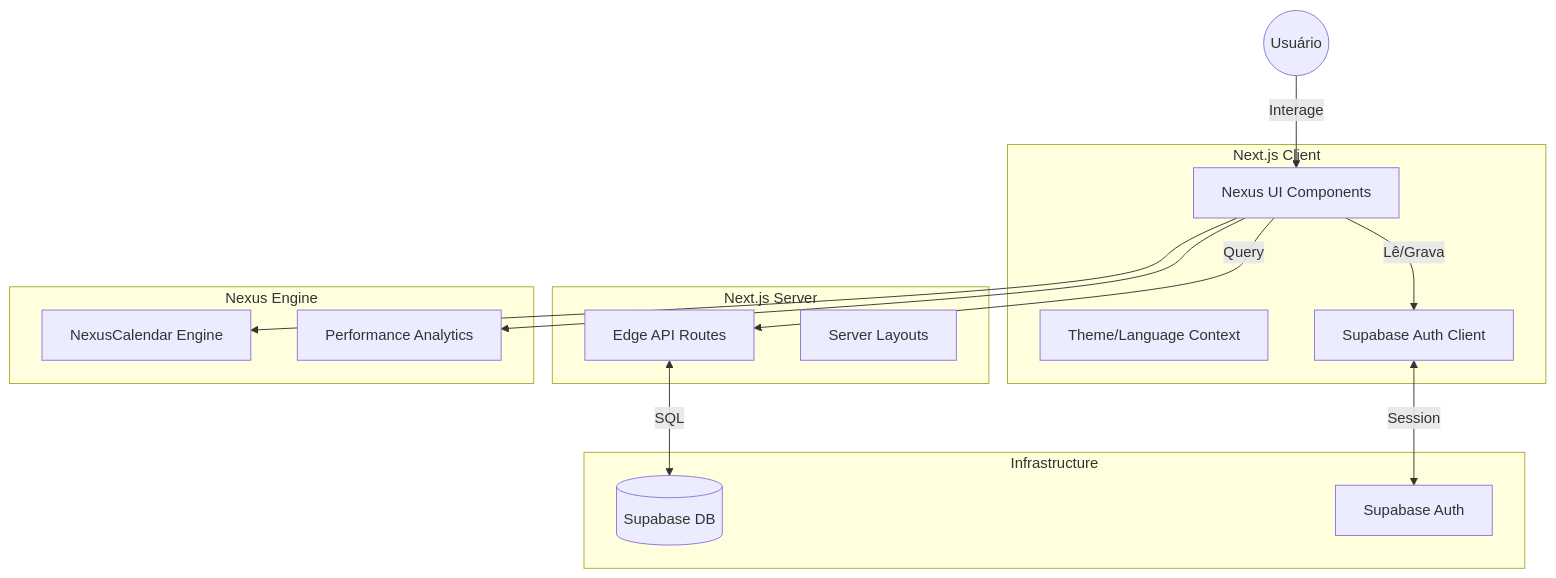
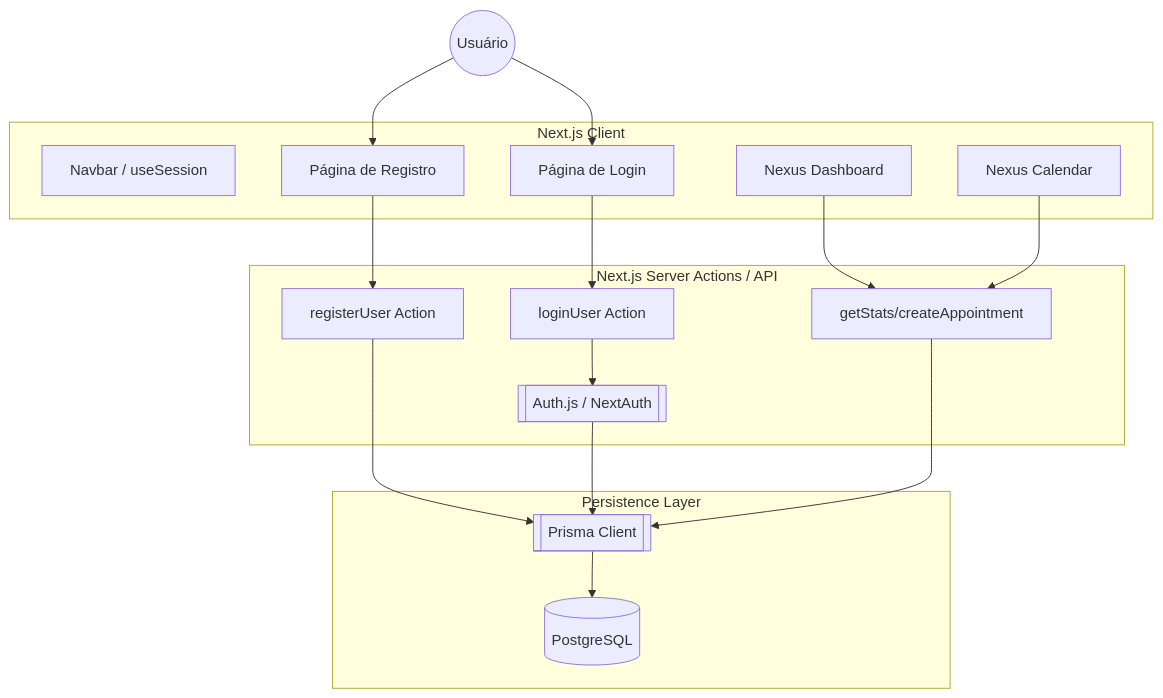
Before and after one commit to MauricioRFilho/smart-booking: the diagram in ARCHITECTURE.md, drawn with Mermaid. The commit also changed other lines of this file, not shown here.

Commit message:
docs: add architecture mermaid diagram and overview

````diff
--- a/ARCHITECTURE.md
+++ b/ARCHITECTURE.md
@@ -18,34 +11,37 @@
 ```mermaid
 graph TD
     User((Usuário))
     
-    subgraph Client_Side [Next.js Client]
-        UI[Nexus UI Components]
-        Context[Theme/Language Context]
-        AuthClient[Supabase Auth Client]
+    subgraph Frontend [Next.js Client]
+        Navbar[Navbar / useSession]
+        Login[Página de Login]
+        Register[Página de Registro]
+        Dashboard[Nexus Dashboard]
+        Calendar[Nexus Calendar]
     end
+
+    subgraph Backend [Next.js Server Actions / API]
+        AuthJS[[Auth.js / NextAuth]]
+        ActionLogin[loginUser Action]
+        ActionRegister[registerUser Action]
+        ActionAppointments[getStats/createAppointment]
+    end
+
+    subgraph Database [Persistence Layer]
+        Prisma[[Prisma Client]]
+        DB[(PostgreSQL)]
+    end
+
+    User --> Login
+    User --> Register
+    Login --> ActionLogin
+    Register --> ActionRegister
+    ActionLogin --> AuthJS
+    ActionRegister --> Prisma
+    AuthJS --> Prisma
+    Prisma --> DB
     
-    subgraph Server_Side [Next.js Server]
-        API[Edge API Routes]
-        Layout[Server Layouts]
-    end
-    
-    subgraph Data_Layer [Infrastructure]
-        Supabase[(Supabase DB)]
-        AuthService[Supabase Auth]
-    end
-    
-    User -->|Interage| UI
-    UI -->|Lê/Grava| AuthClient
-    AuthClient <-->|Session| AuthService
-    UI -->|Query| API
-    API <-->|SQL| Supabase
-    
-    subgraph Core_Engine [Nexus Engine]
-        NexusCalendar[NexusCalendar Engine]
-        NexusDashboard[Performance Analytics]
-    end
-    
-    UI --> NexusCalendar
-    UI --> NexusDashboard
+    Dashboard --> ActionAppointments
+    Calendar --> ActionAppointments
+    ActionAppointments --> Prisma
 ```
````
